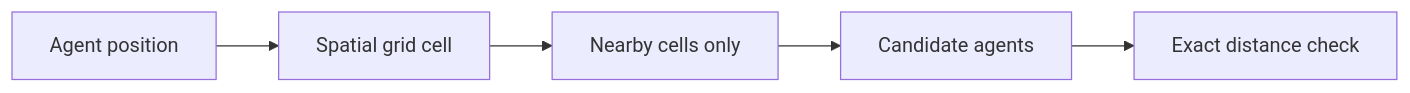
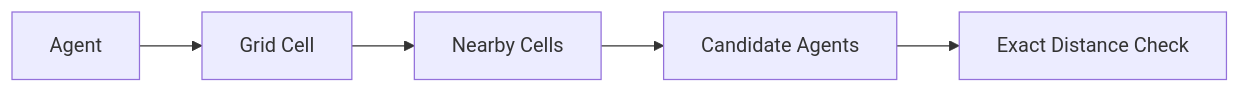
One commit to memem47/AlifeBattle changed the sixth of 9 diagrams in README.md. Above: the diagram before and after it, drawn with Mermaid. The commit also changed other lines of this file and 2 other files, not shown here.

````diff
--- a/README.md
+++ b/README.md
@@ -448,7 +725,7 @@
 ```mermaid
 flowchart LR
-    A[Agent position] --> B[Spatial grid cell]
-    B --> C[Nearby cells only]
-    C --> D[Candidate agents]
-    D --> E[Exact distance check]
+    A[Agent] --> B[Grid Cell]
+    B --> C[Nearby Cells]
+    C --> D[Candidate Agents]
+    D --> E[Exact Distance Check]
 ```
````
